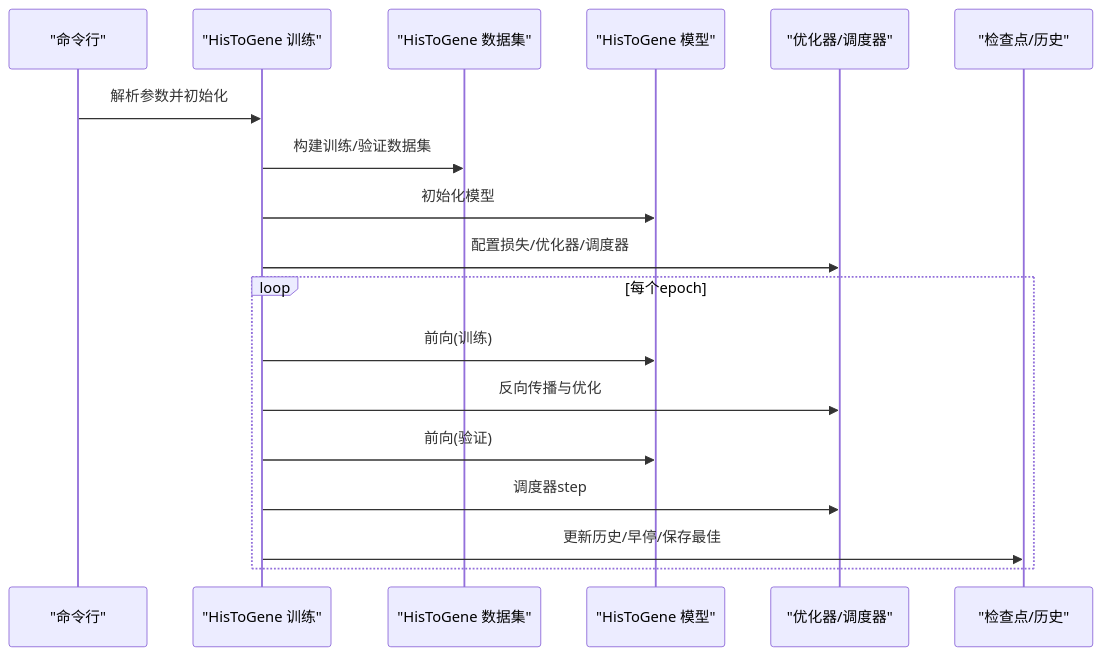
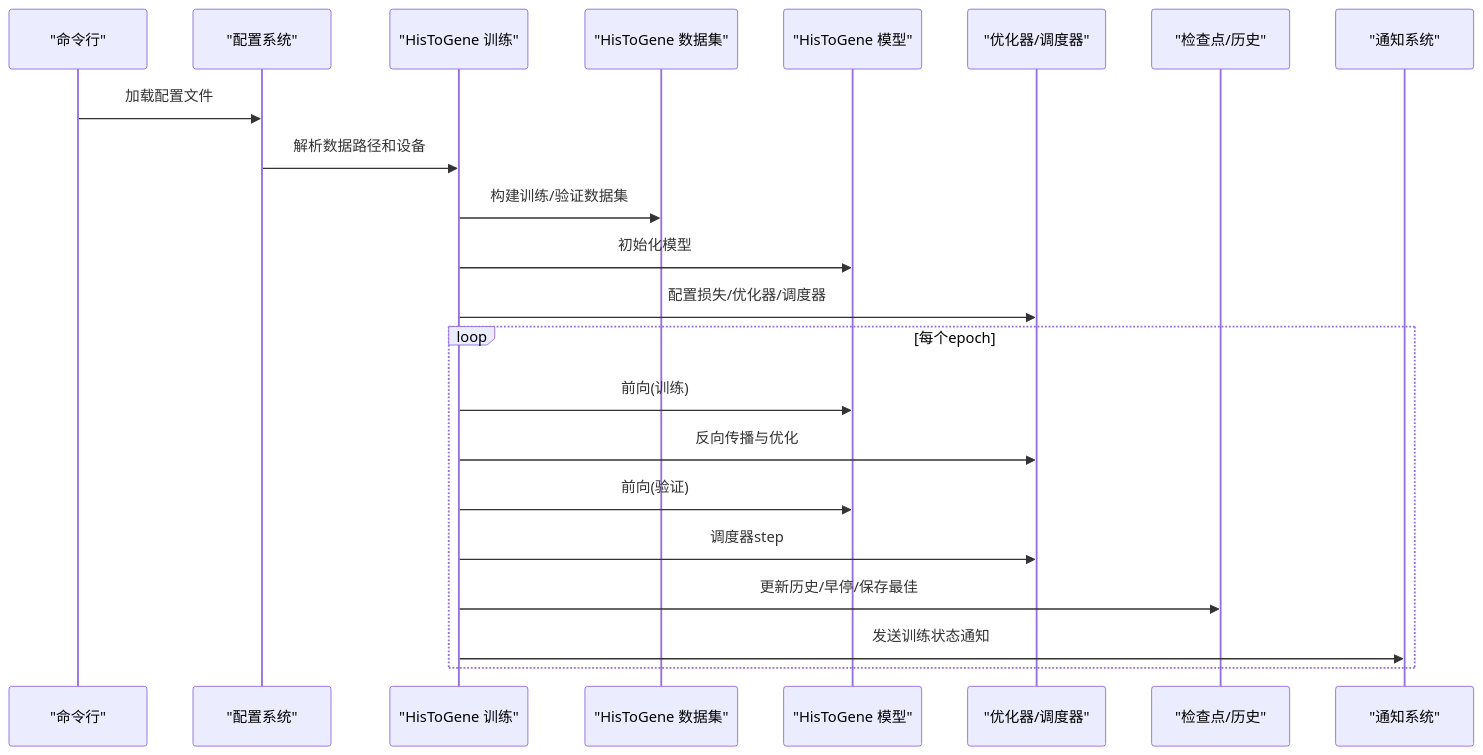
One commit to qzs610038-star/AI-esophagus-cancer-basedon-HF-HT changed the second of 6 diagrams in .qoder/repowiki/zh/content/训练系统/训练系统.md. Above: the diagram before and after it, drawn with Mermaid. The commit also changed other lines of this file and 14 other files, not shown here.

````diff
--- a/.qoder/repowiki/zh/content/训练系统/训练系统.md
+++ b/.qoder/repowiki/zh/content/训练系统/训练系统.md
@@ -115,20 +157,24 @@
 ```mermaid
 sequenceDiagram
 participant CLI as "命令行"
+participant CFG as "配置系统"
 participant HT as "HisToGene 训练"
 participant UD as "HisToGene 数据集"
 participant UM as "HisToGene 模型"
 participant UO as "优化器/调度器"
 participant CK as "检查点/历史"
-CLI->>HT : 解析参数并初始化
+participant NT as "通知系统"
+CLI->>CFG : 加载配置文件
+CFG->>HT : 解析数据路径和设备
 HT->>UD : 构建训练/验证数据集
 HT->>UM : 初始化模型
 HT->>UO : 配置损失/优化器/调度器
 loop 每个epoch
 HT->>UM : 前向(训练)
 HT->>UO : 反向传播与优化
 HT->>UM : 前向(验证)
 HT->>UO : 调度器step
 HT->>CK : 更新历史/早停/保存最佳
+HT->>NT : 发送训练状态通知
 end
 ```
````
